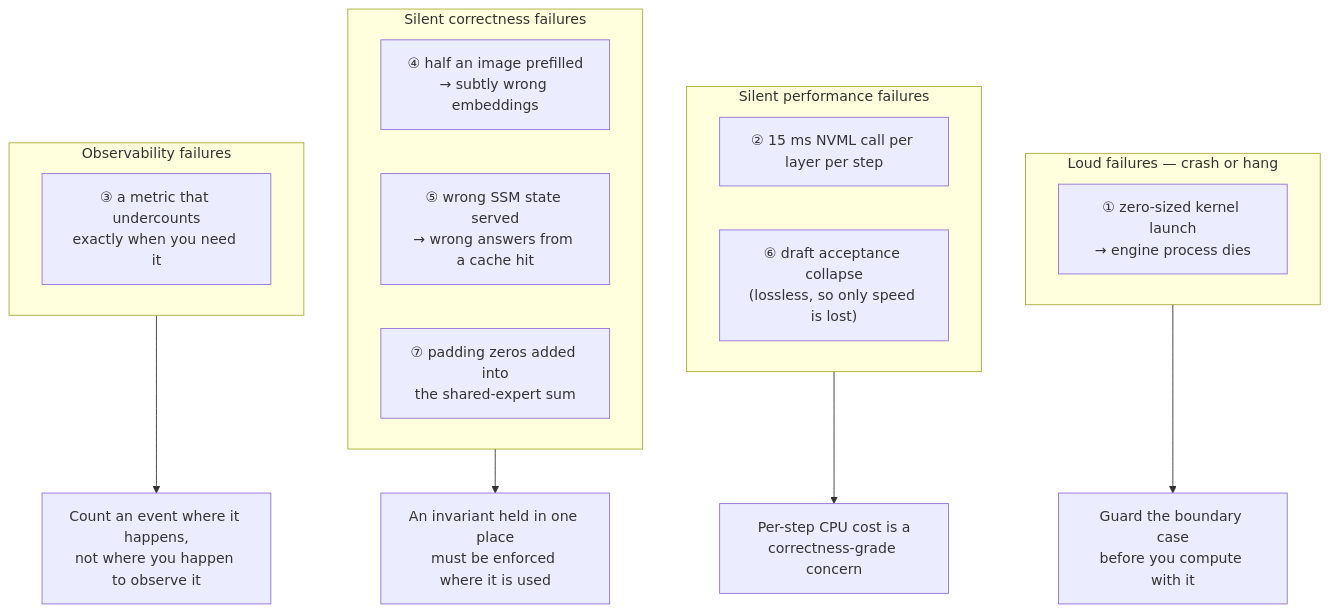
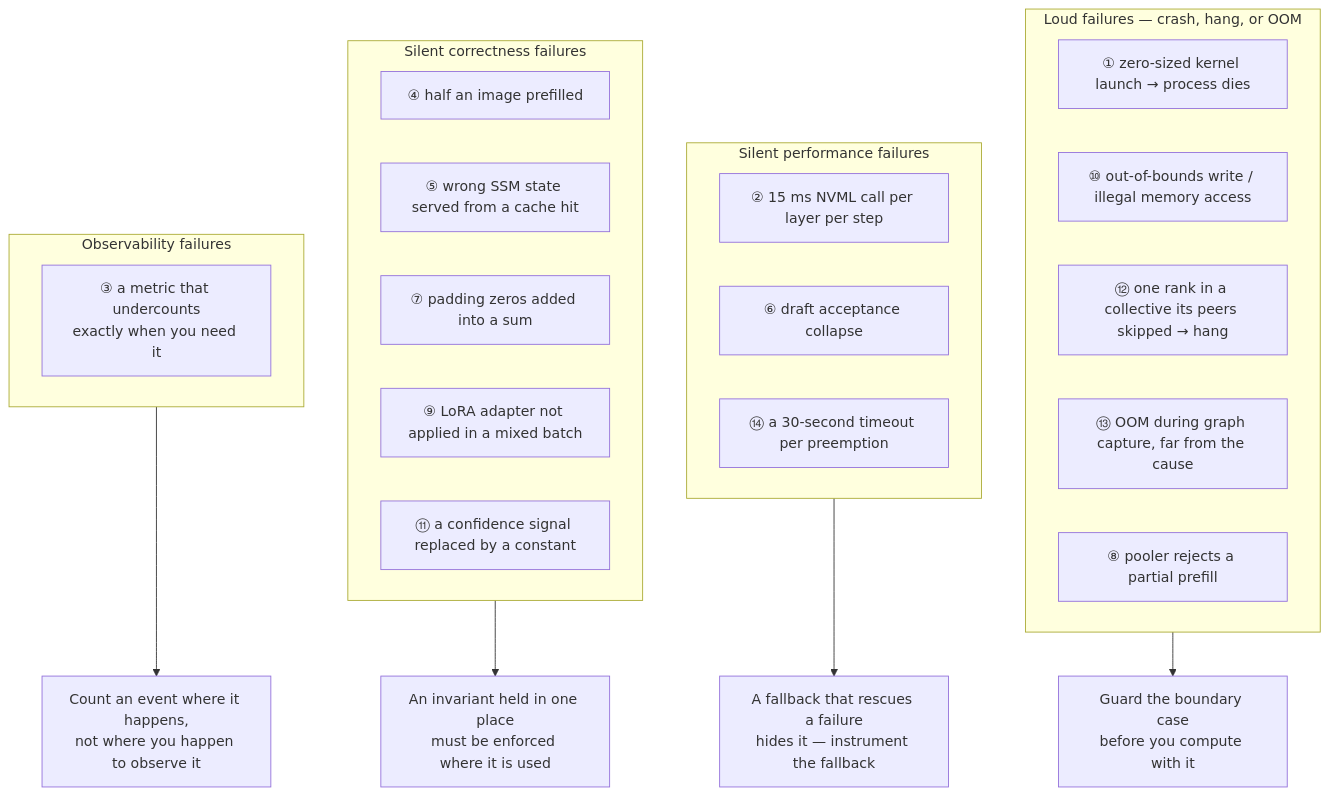
The diagram in issue-deep-dives/README.md (varun-projects/vllm), drawn with Mermaid before and after one commit. The commit also changed other lines of this file and 16 other files, not shown here.

````diff
--- a/issue-deep-dives/README.md
+++ b/issue-deep-dives/README.md
@@ -38,23 +72,30 @@
 ```mermaid
 flowchart TB
-    subgraph crash["Loud failures — crash or hang"]
-        C1["① zero-sized kernel launch<br/>→ engine process dies"]
+    subgraph loud["Loud failures — crash, hang, or OOM"]
+        C1["① zero-sized kernel launch → process dies"]
+        C2["⑩ out-of-bounds write / illegal memory access"]
+        C3["⑫ one rank in a collective its peers skipped → hang"]
+        C4["⑬ OOM during graph capture, far from the cause"]
+        C5["⑧ pooler rejects a partial prefill"]
     end
     subgraph perf["Silent performance failures"]
         P1["② 15 ms NVML call per layer per step"]
-        P2["⑥ draft acceptance collapse<br/>(lossless, so only speed is lost)"]
+        P2["⑥ draft acceptance collapse"]
+        P3["⑭ a 30-second timeout per preemption"]
     end
     subgraph wrong["Silent correctness failures"]
-        W1["④ half an image prefilled<br/>→ subtly wrong embeddings"]
-        W2["⑤ wrong SSM state served<br/>→ wrong answers from a cache hit"]
-        W3["⑦ padding zeros added into<br/>the shared-expert sum"]
+        W1["④ half an image prefilled"]
+        W2["⑤ wrong SSM state served from a cache hit"]
+        W3["⑦ padding zeros added into a sum"]
+        W4["⑨ LoRA adapter not applied in a mixed batch"]
+        W5["⑪ a confidence signal replaced by a constant"]
     end
     subgraph obs["Observability failures"]
         O1["③ a metric that undercounts<br/>exactly when you need it"]
     end
 
-    crash --> L1["Guard the boundary case<br/>before you compute with it"]
-    perf --> L2["Per-step CPU cost is a<br/>correctness-grade concern"]
+    loud --> L1["Guard the boundary case<br/>before you compute with it"]
+    perf --> L2["A fallback that rescues a failure<br/>hides it — instrument the fallback"]
     wrong --> L3["An invariant held in one place<br/>must be enforced where it is used"]
     obs --> L4["Count an event where it happens,<br/>not where you happen to observe it"]
 ```
````
